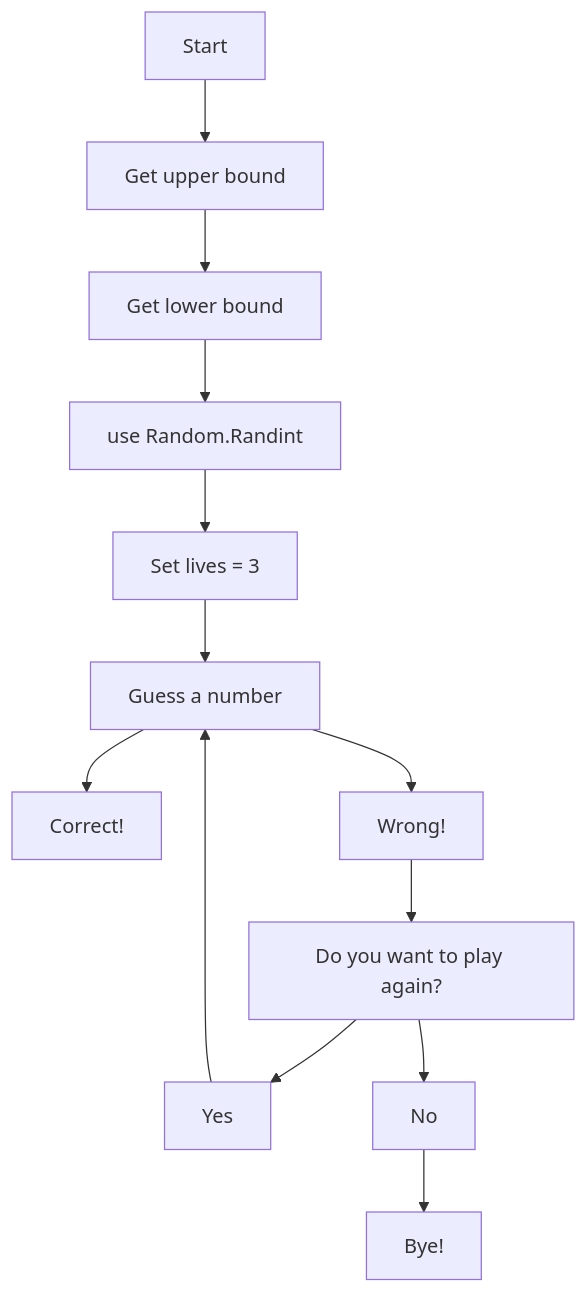
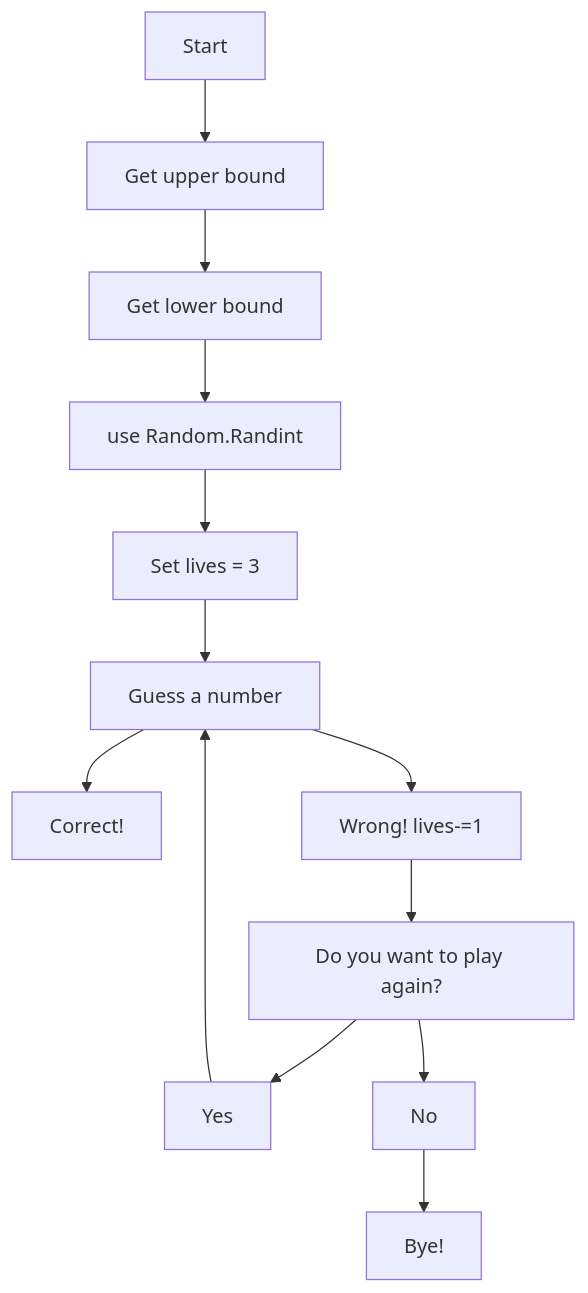
The diagram in Class3/Flowchart.md (joshua-waa/2025-2026-CIF), drawn with Mermaid before and after one commit.

````diff
--- a/Class3/Flowchart.md
+++ b/Class3/Flowchart.md
@@ -1,15 +1,15 @@
 ```mermaid
 flowchart TD
   St[Start]-->A
   A[Get upper bound]-->B[Get lower bound]
   B-->C[use Random.Randint]
   C-->D[Set lives = 3]
   D-->E[Guess a number]
   E-->F[Correct!]
-  E-->G[Wrong!]
+  E-->G[Wrong!    lives-=1]
   G-->H[Do you want to play again?]
   H-->I[Yes]
   I-->E
   H-->J[No]
   J-->Z[Bye!]
 ```
````
